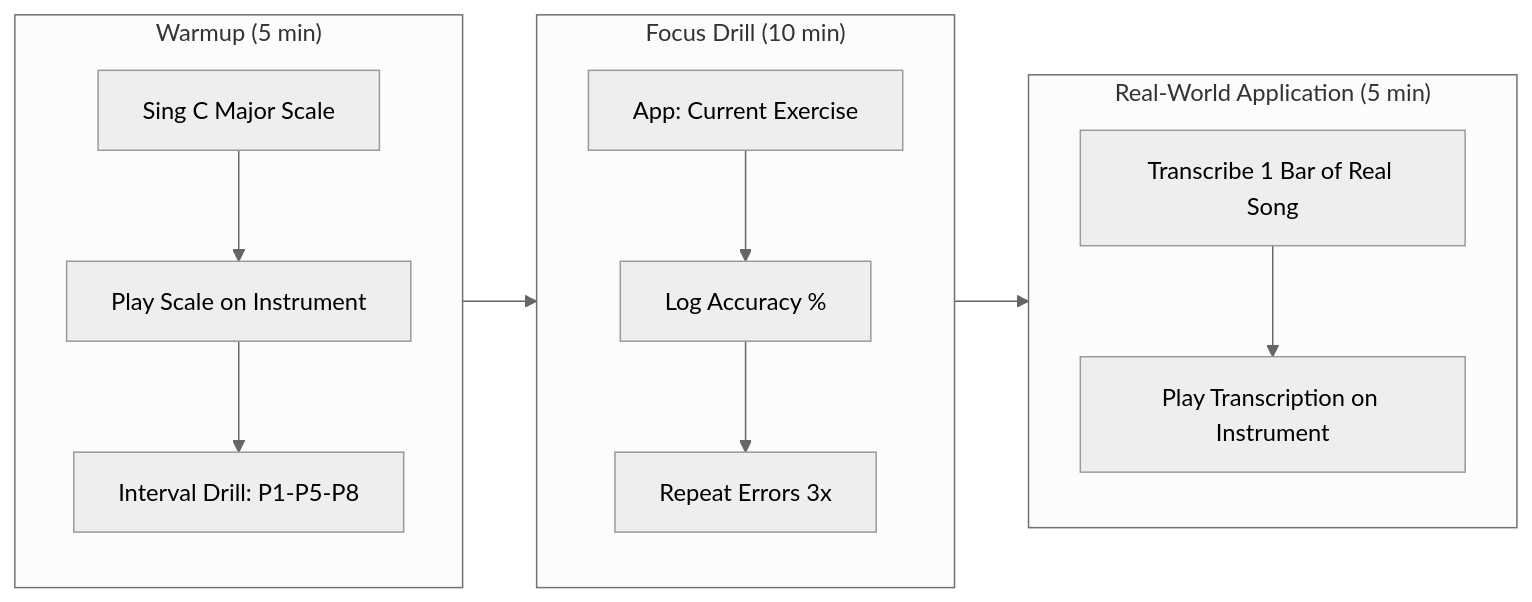
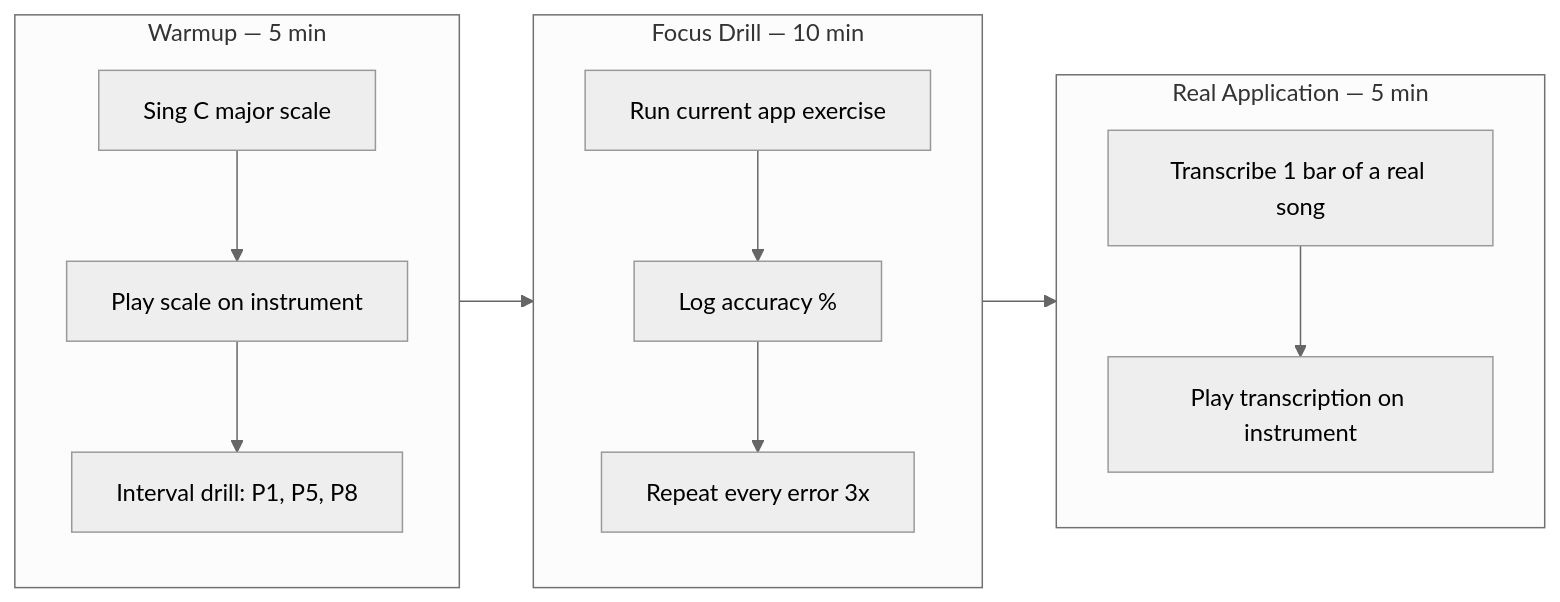
Before and after one commit to blebleblee/synapse: the second of 2 diagrams in topics/arts/composition/ear_training/labs.md, drawn with Mermaid (neutral theme). The commit also changed other lines of this file and 1464 other files, not shown here.

Commit message:
feat(release): curriculum vector mermaid upgrade, render hardening, and master synpack

````diff
--- a/topics/arts/composition/ear_training/labs.md
+++ b/topics/arts/composition/ear_training/labs.md
@@ -411,19 +418,19 @@
 ```mermaid
 graph LR
-    subgraph sub_warmup ["Warmup (5 min)"]
-        A1[Sing C Major Scale] --> A2[Play Scale on Instrument]
-        A2 --> A3[Interval Drill: P1-P5-P8]
+    subgraph sub_warmup ["Warmup — 5 min"]
+        A1["Sing C major scale"] --> A2["Play scale on instrument"]
+        A2 --> A3["Interval drill: P1, P5, P8"]
     end
-    
-    subgraph sub_focus ["Focus Drill (10 min)"]
-        B1[App: Current Exercise] --> B2[Log Accuracy %]
-        B2 --> B3[Repeat Errors 3x]
+
+    subgraph sub_focus ["Focus Drill — 10 min"]
+        B1["Run current app exercise"] --> B2["Log accuracy %"]
+        B2 --> B3["Repeat every error 3x"]
     end
-    
-    subgraph sub_application ["Real-World Application (5 min)"]
-        C1[Transcribe 1 Bar of Real Song] --> C2[Play Transcription on Instrument]
+
+    subgraph sub_apply ["Real Application — 5 min"]
+        C1["Transcribe 1 bar of a real song"] --> C2["Play transcription on instrument"]
     end
-    
+
     sub_warmup --> sub_focus
-    sub_focus --> sub_application
+    sub_focus --> sub_apply
 ```
````
